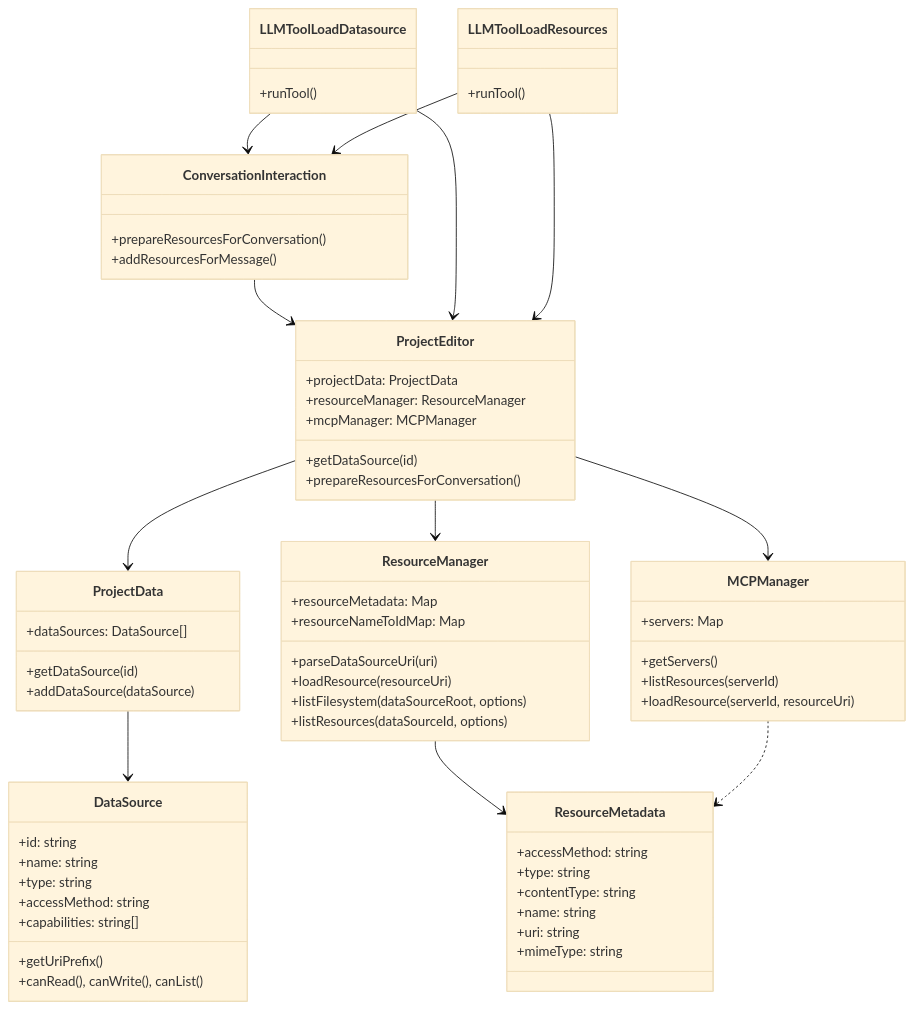
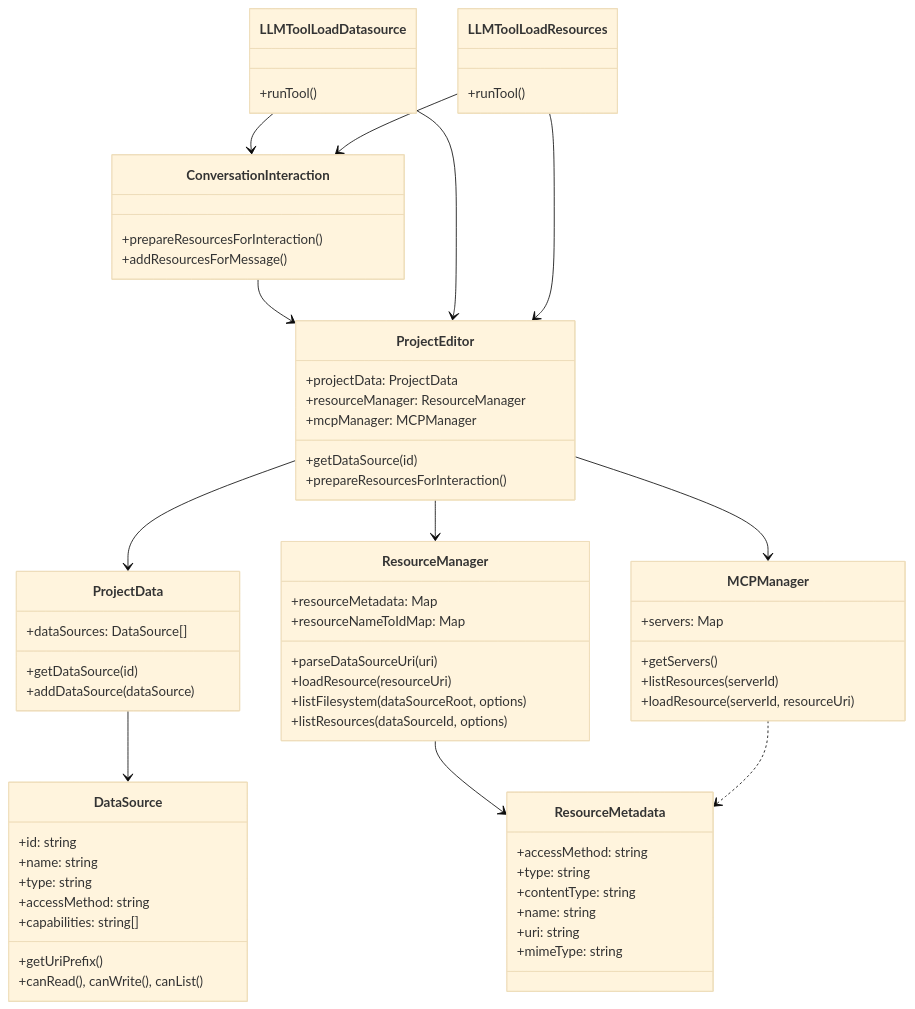
One commit to Beyond-Better/bb changed the fourth of 4 diagrams in docs/development/reference/datasource-and-resource-management-system.md. Above: the diagram before and after it, drawn with Mermaid (base theme). The commit also changed 112 other files, not shown here.

First line of the commit message:
Conversation to Interaction/Collaboration

````diff
--- a/docs/development/reference/datasource-and-resource-management-system.md
+++ b/docs/development/reference/datasource-and-resource-management-system.md
@@ -361,76 +361,76 @@
 ```mermaid
 classDiagram
     class ProjectEditor {
         +projectData: ProjectData
         +resourceManager: ResourceManager
         +mcpManager: MCPManager
         +getDataSource(id)
-        +prepareResourcesForConversation()
+        +prepareResourcesForInteraction()
     }
     
     class ProjectData {
         +dataSources: DataSource[]
         +getDataSource(id)
         +addDataSource(dataSource)
     }
     
     class ResourceManager {
         +resourceMetadata: Map
         +resourceNameToIdMap: Map
         +parseDataSourceUri(uri)
         +loadResource(resourceUri)
         +listFilesystem(dataSourceRoot, options)
         +listResources(dataSourceId, options)
     }
     
     class MCPManager {
         +servers: Map
         +getServers()
         +listResources(serverId)
         +loadResource(serverId, resourceUri)
     }
     
     class DataSource {
         +id: string
         +name: string
         +type: string
         +accessMethod: string
         +capabilities: string[]
         +getUriPrefix()
         +canRead(), canWrite(), canList()
     }
     
     class ResourceMetadata {
         +accessMethod: string
         +type: string
         +contentType: string
         +name: string
         +uri: string
         +mimeType: string
     }
     
     class ConversationInteraction {
-        +prepareResourcesForConversation()
+        +prepareResourcesForInteraction()
         +addResourcesForMessage()
     }
     
     class LLMToolLoadDatasource {
         +runTool()
     }
     
     class LLMToolLoadResources {
         +runTool()
     }
     
     ProjectEditor --> ProjectData
     ProjectEditor --> ResourceManager
     ProjectEditor --> MCPManager
     ProjectData --> DataSource
     ResourceManager --> ResourceMetadata
     MCPManager ..> ResourceMetadata
     ConversationInteraction --> ProjectEditor
     LLMToolLoadDatasource --> ProjectEditor
     LLMToolLoadResources --> ProjectEditor
     LLMToolLoadDatasource --> ConversationInteraction
     LLMToolLoadResources --> ConversationInteraction
 ```
````
